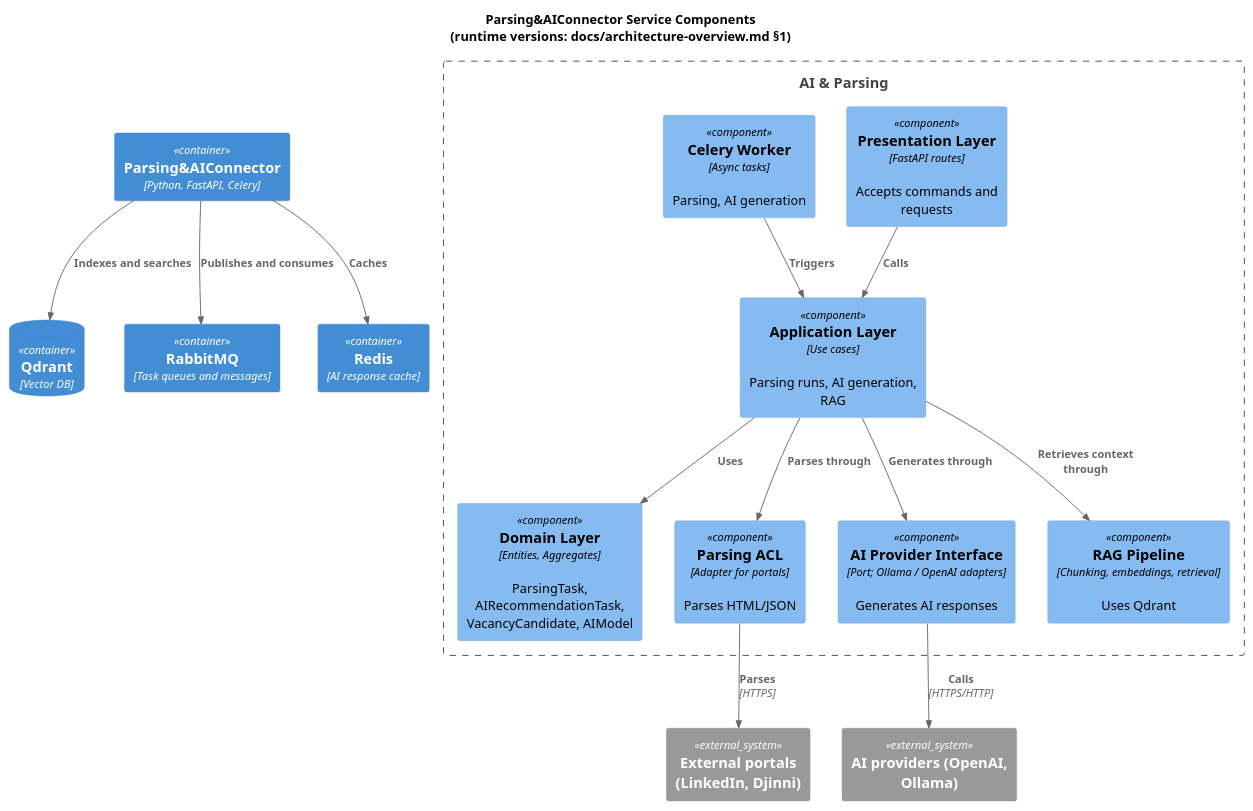
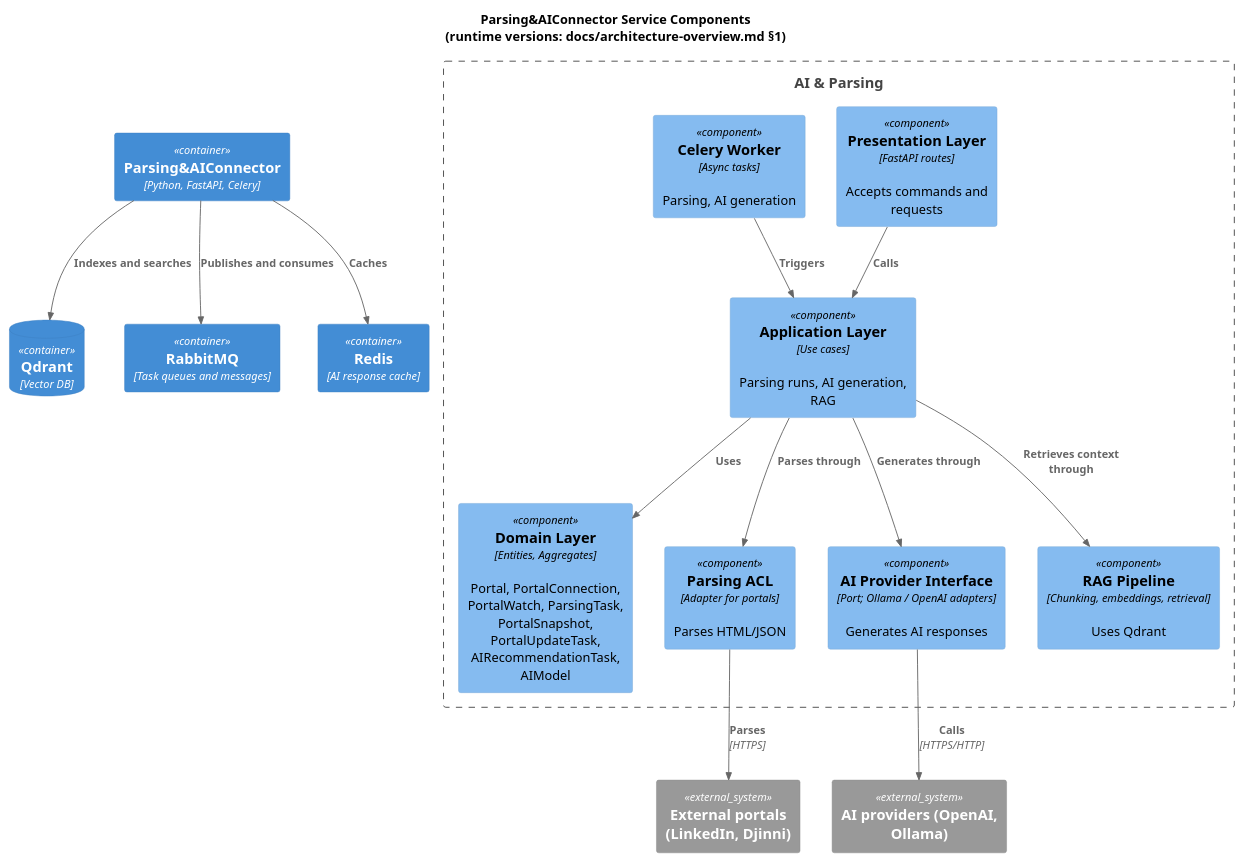
One commit to AIJobResearcher/docs changed the diagram in docs/c4/components-parsing-ai.puml. Above: the diagram before and after it, drawn with PlantUML. The commit also changed 11 other files, not shown here.

Commit message:
Add parsing entities

```diff
--- a/docs/c4/components-parsing-ai.puml
+++ b/docs/c4/components-parsing-ai.puml
@@ -1,39 +1,39 @@
 @startuml
 !include https://raw.githubusercontent.com/plantuml-stdlib/C4-PlantUML/master/C4_Component.puml
 
 title Parsing&AIConnector Service Components\n(runtime versions: docs/architecture-overview.md §1)
 
 Container(parsing_ai, "Parsing&AIConnector", "Python, FastAPI, Celery")
 
 Boundary(parsing_ai_boundary, "AI & Parsing") {
     Component(presentation, "Presentation Layer", "FastAPI routes", "Accepts commands and requests")
     Component(application, "Application Layer", "Use cases", "Parsing runs, AI generation, RAG")
-    Component(domain, "Domain Layer", "Entities, Aggregates", "ParsingTask, AIRecommendationTask, VacancyCandidate, AIModel")
+    Component(domain, "Domain Layer", "Entities, Aggregates", "Portal, PortalConnection, PortalWatch, ParsingTask, PortalSnapshot, PortalUpdateTask, AIRecommendationTask, AIModel")
     Component(acl_parsing, "Parsing ACL", "Adapter for portals", "Parses HTML/JSON")
     Component(acl_ai, "AI Provider Interface", "Port; Ollama / OpenAI adapters", "Generates AI responses")
     Component(rag, "RAG Pipeline", "Chunking, embeddings, retrieval", "Uses Qdrant")
     Component(celery_worker, "Celery Worker", "Async tasks", "Parsing, AI generation")
 
     Rel(presentation, application, "Calls")
     Rel(application, domain, "Uses")
     Rel(application, acl_parsing, "Parses through")
     Rel(application, acl_ai, "Generates through")
     Rel(application, rag, "Retrieves context through")
     Rel(celery_worker, application, "Triggers")
 }
 
 ContainerDb(qdrant, "Qdrant", "Vector DB")
 Container(rabbitmq, "RabbitMQ", "Task queues and messages")
 Container(redis, "Redis", "AI response cache")
 
 System_Ext(portal, "External portals (LinkedIn, Djinni)")
 System_Ext(ai_provider, "AI providers (OpenAI, Ollama)")
 
 Rel(parsing_ai, qdrant, "Indexes and searches")
 Rel(parsing_ai, rabbitmq, "Publishes and consumes")
 Rel(parsing_ai, redis, "Caches")
 
 Rel(acl_parsing, portal, "Parses", "HTTPS")
 Rel(acl_ai, ai_provider, "Calls", "HTTPS/HTTP")
 
 @enduml
```
